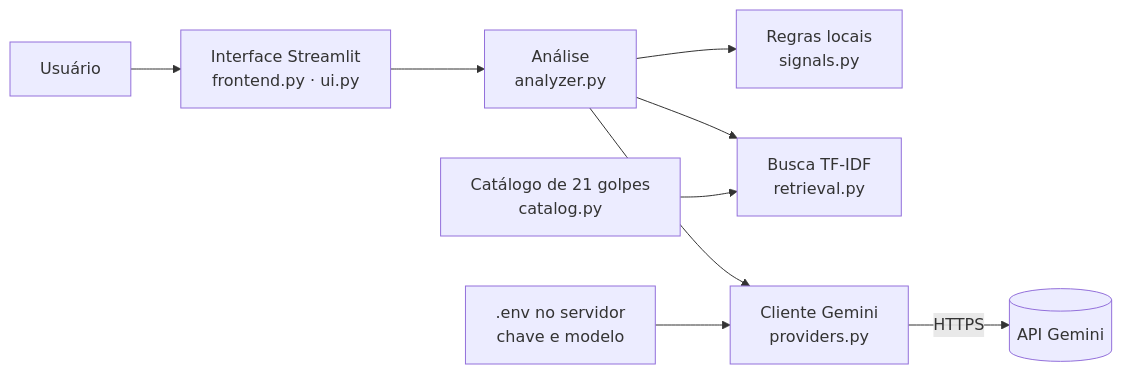
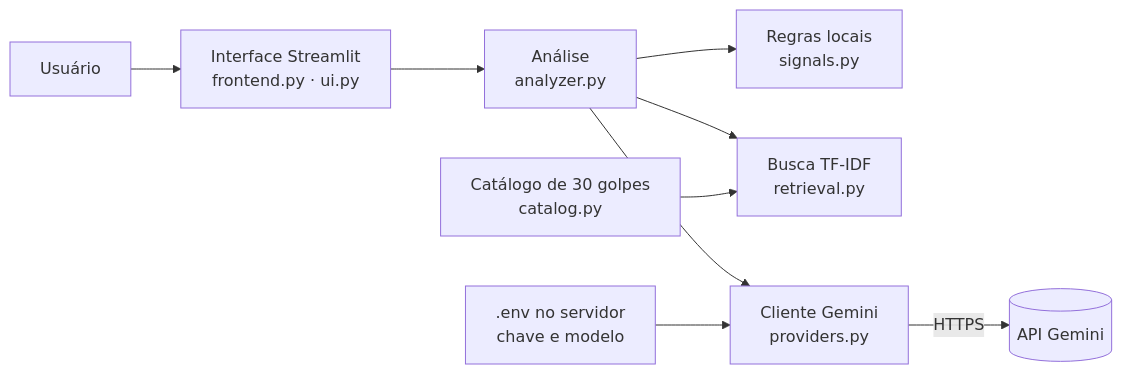
Before and after one commit to gustavohleao/alertagolpe: the second of 3 diagrams in docs/RELATORIO.md, drawn with Mermaid. The commit also changed other lines of this file and 6 other files, not shown here.

First line of the commit message:
Amplia catálogo para 30 golpes e calibra o prompt (v5)

````diff
--- a/docs/RELATORIO.md
+++ b/docs/RELATORIO.md
@@ -197,11 +198,11 @@
 ```mermaid
 flowchart LR
     U[Usuário] --> UI[Interface Streamlit<br/>frontend.py · ui.py]
     UI --> AN[Análise<br/>analyzer.py]
     AN --> SG[Regras locais<br/>signals.py]
     AN --> IDX[Busca TF-IDF<br/>retrieval.py]
-    CAT[Catálogo de 21 golpes<br/>catalog.py] --> IDX
+    CAT[Catálogo de 30 golpes<br/>catalog.py] --> IDX
     AN --> GEM[Cliente Gemini<br/>providers.py]
     GEM -->|HTTPS| API[(API Gemini)]
     CFG[.env no servidor<br/>chave e modelo] --> GEM
 ```
````
